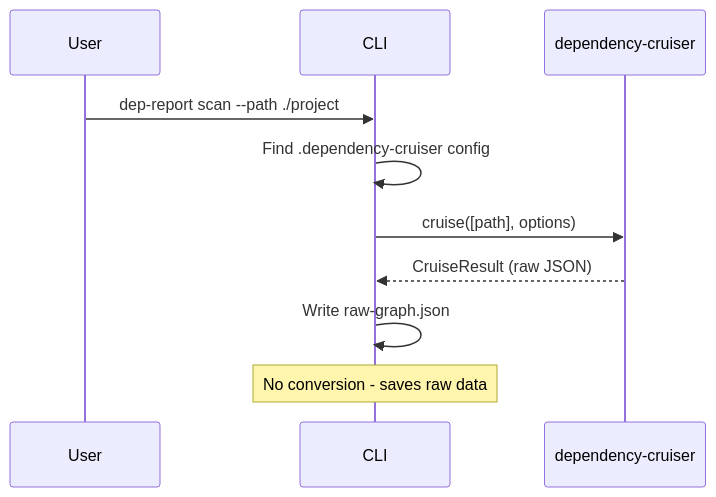
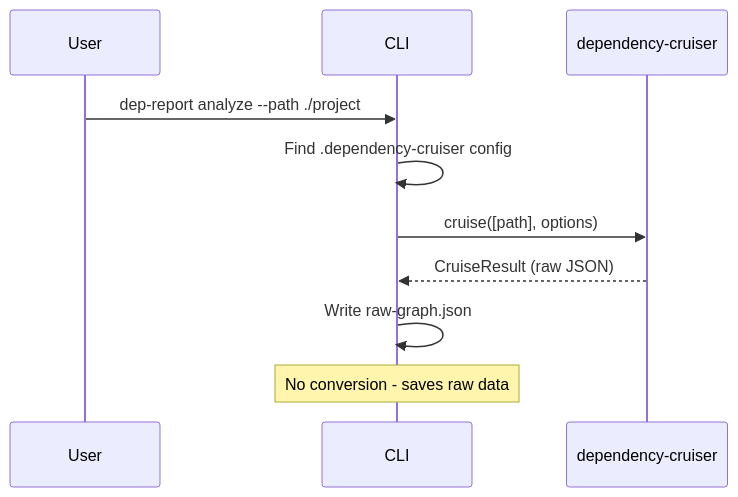
The third of 5 diagrams in docs/architecture/data-flow.md (fisher-89/dependency-cruiser-reporter), drawn with Mermaid before and after one commit. The commit also changed other lines of this file and 14 other files, not shown here.

First line of the commit message:
refactor(cli): rename scan command to analyze

````diff
--- a/docs/architecture/data-flow.md
+++ b/docs/architecture/data-flow.md
@@ -74,13 +74,13 @@
 ```mermaid
 sequenceDiagram
     participant User
     participant CLI
     participant DC as dependency-cruiser
 
-    User->>CLI: dep-report scan --path ./project
+    User->>CLI: dep-report analyze --path ./project
     CLI->>CLI: Find .dependency-cruiser config
     CLI->>DC: cruise([path], options)
     DC-->>CLI: CruiseResult (raw JSON)
     CLI->>CLI: Write raw-graph.json
     Note over CLI: No conversion - saves raw data
 ```
````
